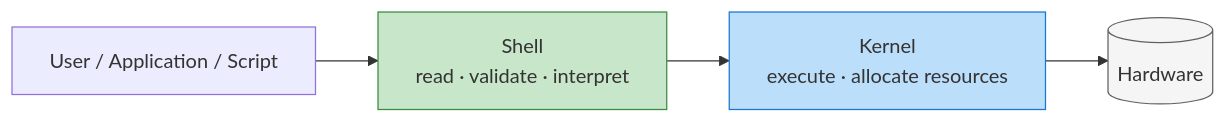
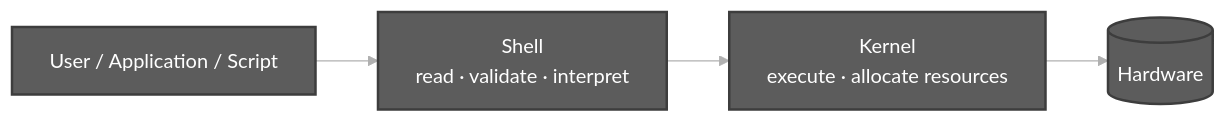
One commit to chaitussm/Linux-Basics changed the third of 3 diagrams in docs/topics/Components of Unix.md. Above: the diagram before and after it, drawn with Mermaid. The commit also changed other lines of this file, not shown here.

Commit message:
Style Mermaid flowcharts with dark grey nodes and white text

````diff
--- a/docs/topics/Components of Unix.md
+++ b/docs/topics/Components of Unix.md
@@ -102,10 +97,10 @@
 ```mermaid
+%%{init: {'theme': 'base', 'themeVariables': {'primaryColor': '#5c5c5c', 'primaryTextColor': '#ffffff', 'primaryBorderColor': '#3d3d3d', 'lineColor': '#b0b0b0', 'secondaryColor': '#5c5c5c', 'tertiaryColor': '#5c5c5c'}}}%%
 flowchart LR
     U[User / Application / Script] --> S[Shell<br/>read · validate · interpret]
     S --> K[Kernel<br/>execute · allocate resources]
     K --> HW[(Hardware)]
 
-    style S fill:#c8e6c9,stroke:#388e3c
-    style K fill:#bbdefb,stroke:#1976d2
-    style HW fill:#f5f5f5,stroke:#616161
+    classDef darkGrey fill:#5c5c5c,stroke:#3d3d3d,color:#ffffff,stroke-width:2px
+    class U,S,K,HW darkGrey
 ```
````
